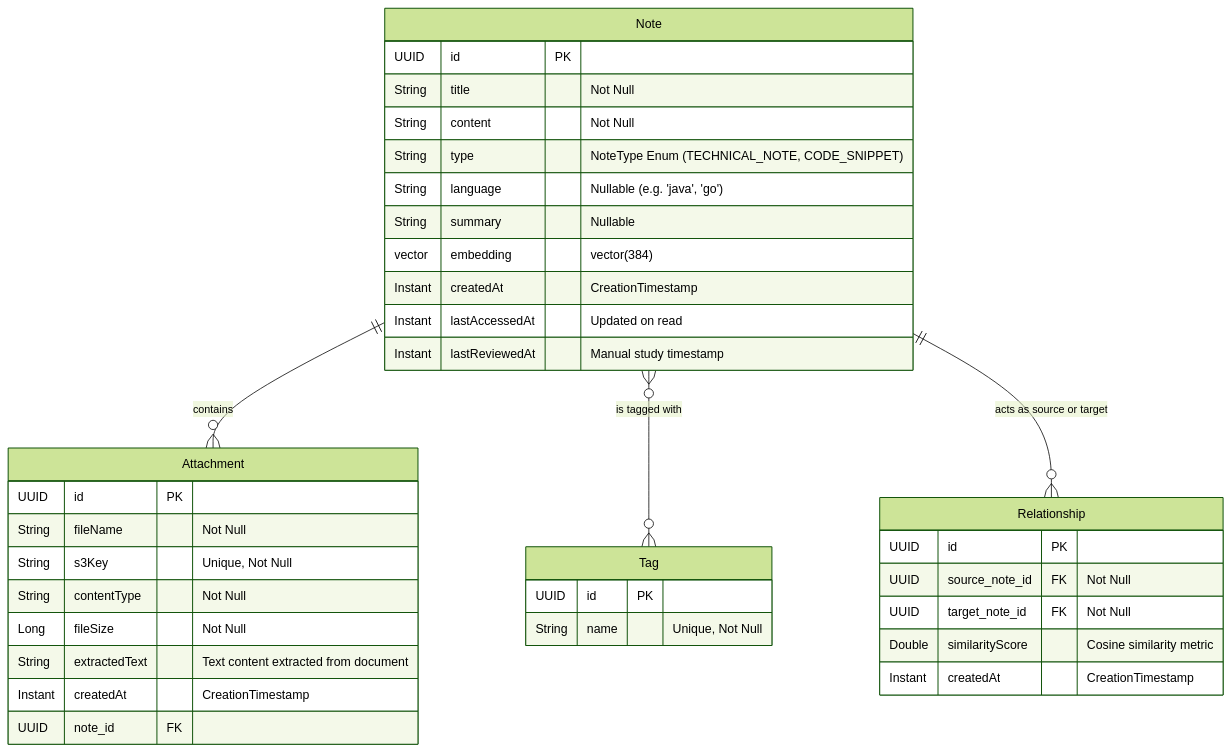
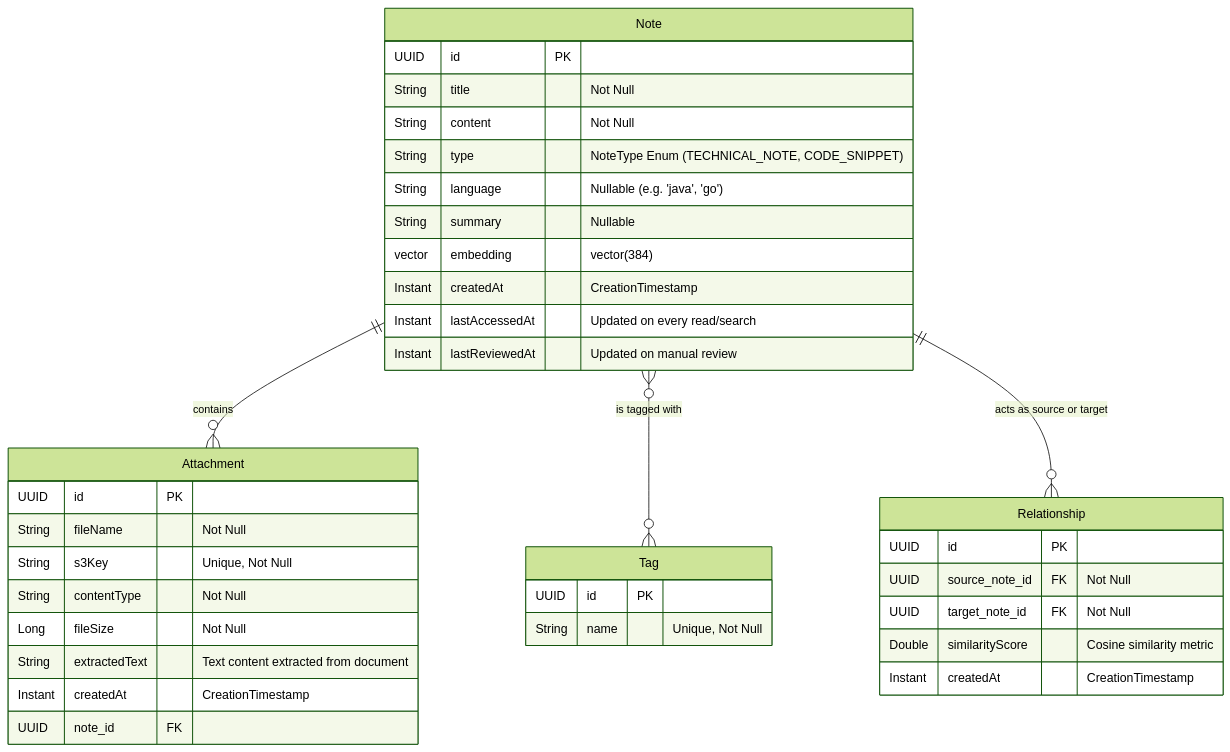
Before and after one commit to pmfml/cognitive-vault: the second of 2 diagrams in ARCHITECTURE.md, drawn with Mermaid (forest theme). The commit also changed other lines of this file and 17 other files, not shown here.

````diff
--- a/ARCHITECTURE.md
+++ b/ARCHITECTURE.md
@@ -63,43 +65,43 @@
 ```mermaid
 erDiagram
     Note ||--o{ Attachment : "contains"
     Note }o--o{ Tag : "is tagged with"
     Note ||--o{ Relationship : "acts as source or target"
 
     Note {
         UUID id PK
         String title "Not Null"
         String content "Not Null"
         String type "NoteType Enum (TECHNICAL_NOTE, CODE_SNIPPET)"
         String language "Nullable (e.g. 'java', 'go')"
         String summary "Nullable"
         vector embedding "vector(384)"
         Instant createdAt "CreationTimestamp"
-        Instant lastAccessedAt "Updated on read"
-        Instant lastReviewedAt "Manual study timestamp"
+        Instant lastAccessedAt "Updated on every read/search"
+        Instant lastReviewedAt "Updated on manual review"
     }
 
     Tag {
         UUID id PK
         String name "Unique, Not Null"
     }
 
     Attachment {
         UUID id PK
         String fileName "Not Null"
         String s3Key "Unique, Not Null"
         String contentType "Not Null"
         Long fileSize "Not Null"
         String extractedText "Text content extracted from document"
         Instant createdAt "CreationTimestamp"
         UUID note_id FK
     }
 
     Relationship {
         UUID id PK
         UUID source_note_id FK "Not Null"
         UUID target_note_id FK "Not Null"
         Double similarityScore "Cosine similarity metric"
         Instant createdAt "CreationTimestamp"
     }
 ```
````
